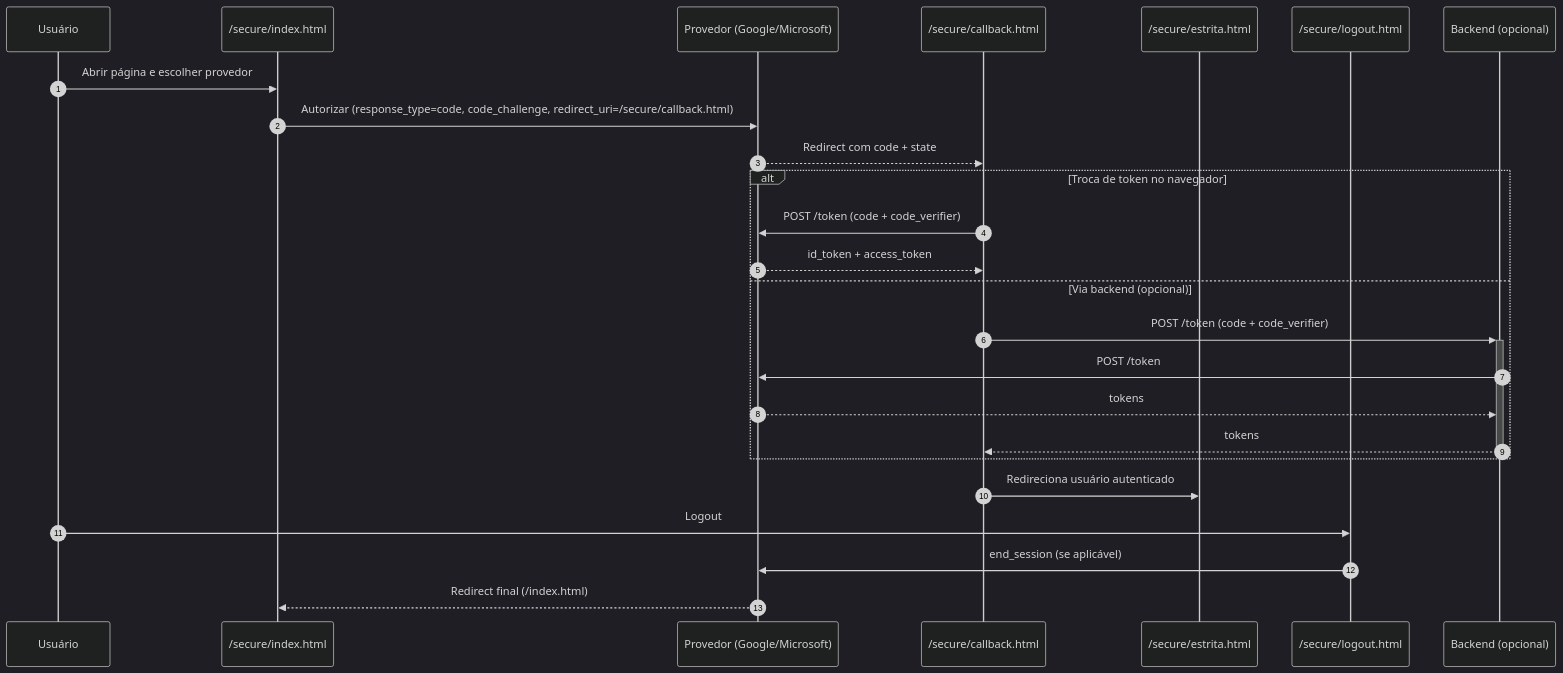
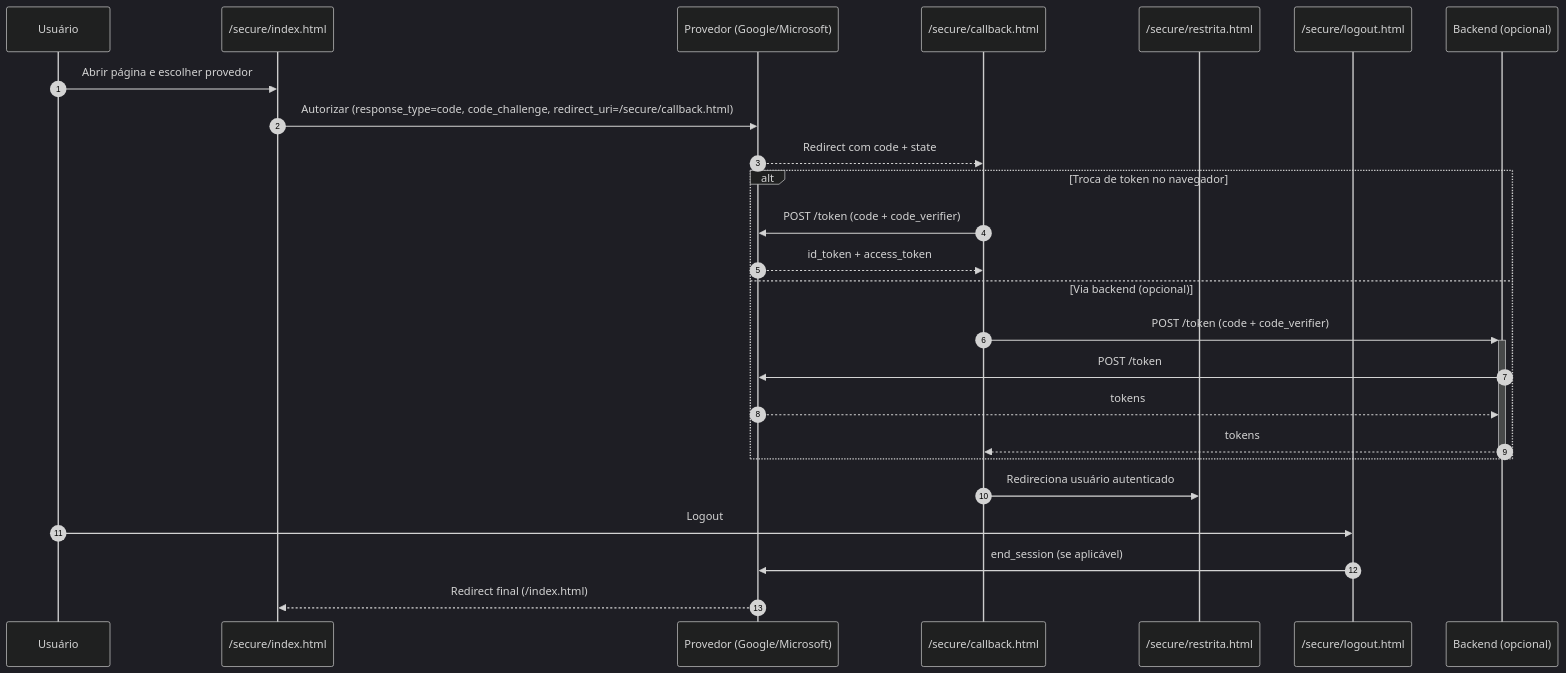
Before and after one commit to chmulato/caracore-site: the diagram in README.md, drawn with Mermaid (dark theme). The commit also changed other lines of this file and 33 other files, not shown here.

````diff
--- a/README.md
+++ b/README.md
@@ -134,30 +134,30 @@
 ```mermaid
 sequenceDiagram
    autonumber
    participant U as Usuário
    participant I as /secure/index.html
    participant P as Provedor (Google/Microsoft)
    participant C as /secure/callback.html
-   participant R as /secure/estrita.html
+   participant R as /secure/restrita.html
    participant L as /secure/logout.html
    participant Bk as Backend (opcional)
 
    U->>I: Abrir página e escolher provedor
    I->>P: Autorizar (response_type=code, code_challenge, redirect_uri=/secure/callback.html)
    P-->>C: Redirect com code + state
 
    alt Troca de token no navegador
       C->>P: POST /token (code + code_verifier)
       P-->>C: id_token + access_token
    else Via backend (opcional)
       C->>+Bk: POST /token (code + code_verifier)
       Bk->>P: POST /token
       P-->>Bk: tokens
       Bk-->>-C: tokens
    end
 
    C->>R: Redireciona usuário autenticado
    U->>L: Logout
    L->>P: end_session (se aplicável)
    P-->>I: Redirect final (/index.html)
 ```
````
